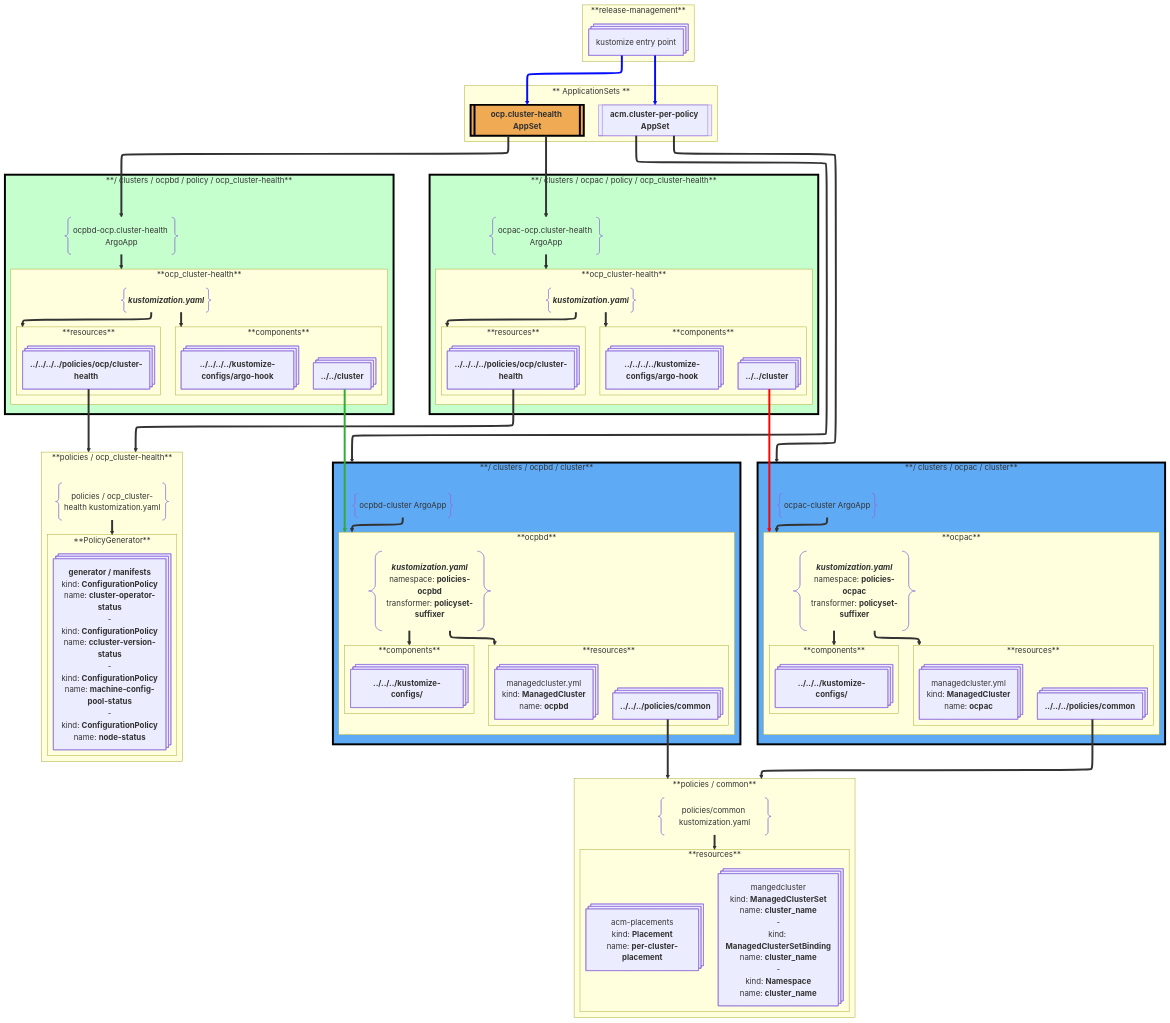
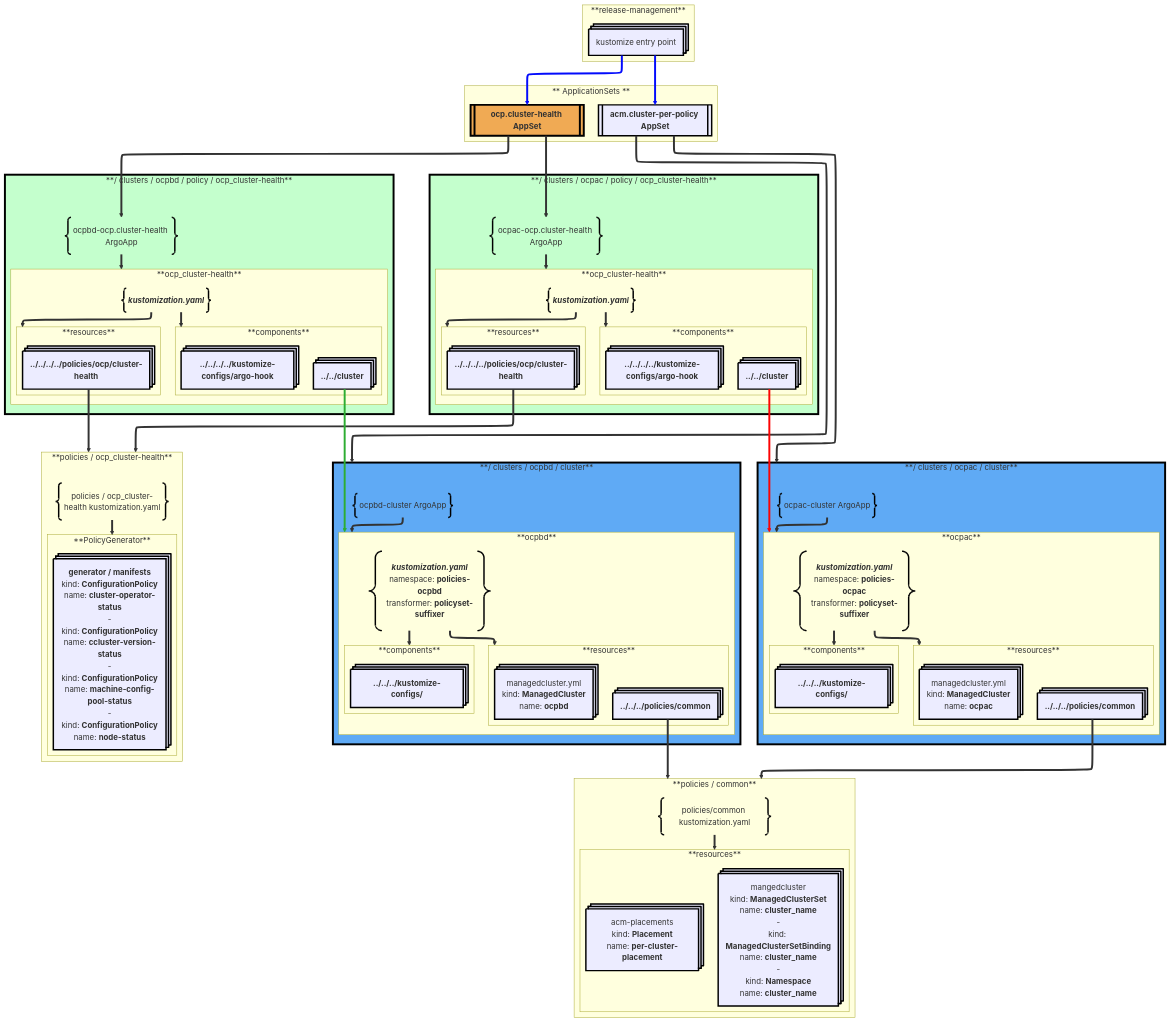
The diagram in docs/kustomize-flow.md (bry-tam/acm-policy-per-cluster-example), drawn with Mermaid before and after one commit.

Commit message:
attempt default node style

```diff
--- a/docs/kustomize-flow.md
+++ b/docs/kustomize-flow.md
@@ -185,6 +185,7 @@
     linkStyle 19 stroke:#fc0303
     linkStyle 24 stroke:#2dad33
 
+    classDef default stroke:#000000,stroke-width:3px
     classDef ltblue_node fill:#5faaf5,stroke:#000000,stroke-width:4px
     classDef ltgreen_node fill:#c4ffcd,stroke:#000000,stroke-width:4px
     classDef ltorange_node fill:#f0aa54,stroke:#000000,stroke-width:4px
```
